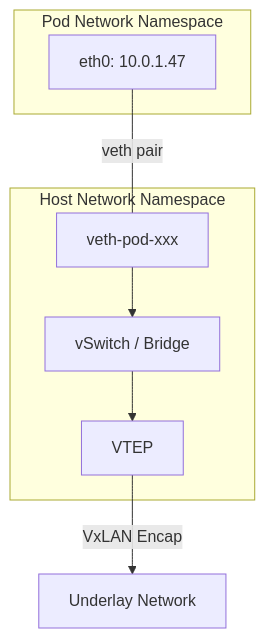
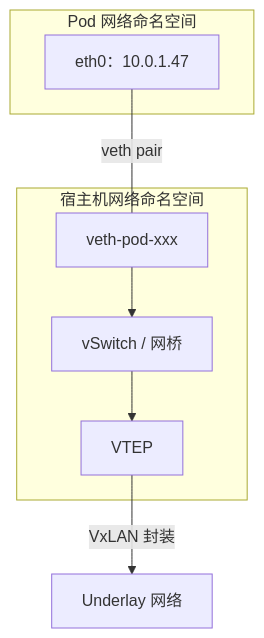
The first of 6 diagrams in docs/12.容器加入VPC之Pod如何获得VPC_IP.md (caozhiyi/network-book), drawn with Mermaid before and after one commit. The commit also changed other lines of this file and 77 other files, not shown here.

````diff
--- a/docs/12.容器加入VPC之Pod如何获得VPC_IP.md
+++ b/docs/12.容器加入VPC之Pod如何获得VPC_IP.md
@@ -91,15 +91,15 @@
 ```mermaid
 graph TB
-    subgraph Pod Network Namespace
-        ETH0[eth0: 10.0.1.47]
+    subgraph Pod 网络命名空间
+        ETH0[eth0：10.0.1.47]
     end
-    subgraph Host Network Namespace
+    subgraph 宿主机网络命名空间
         VETH[veth-pod-xxx]
-        VS[vSwitch / Bridge]
+        VS[vSwitch / 网桥]
         VTEP[VTEP]
     end
     ETH0 ---|veth pair| VETH
     VETH --> VS
     VS --> VTEP
-    VTEP -->|VxLAN Encap| UNDERLAY[Underlay Network]
+    VTEP -->|VxLAN 封装| UNDERLAY[Underlay 网络]
 ```
````
